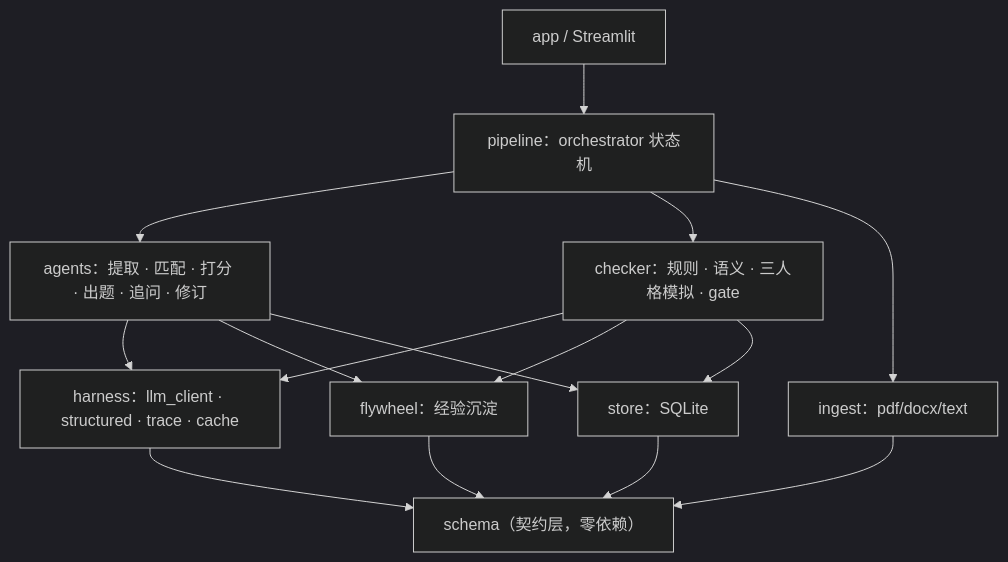
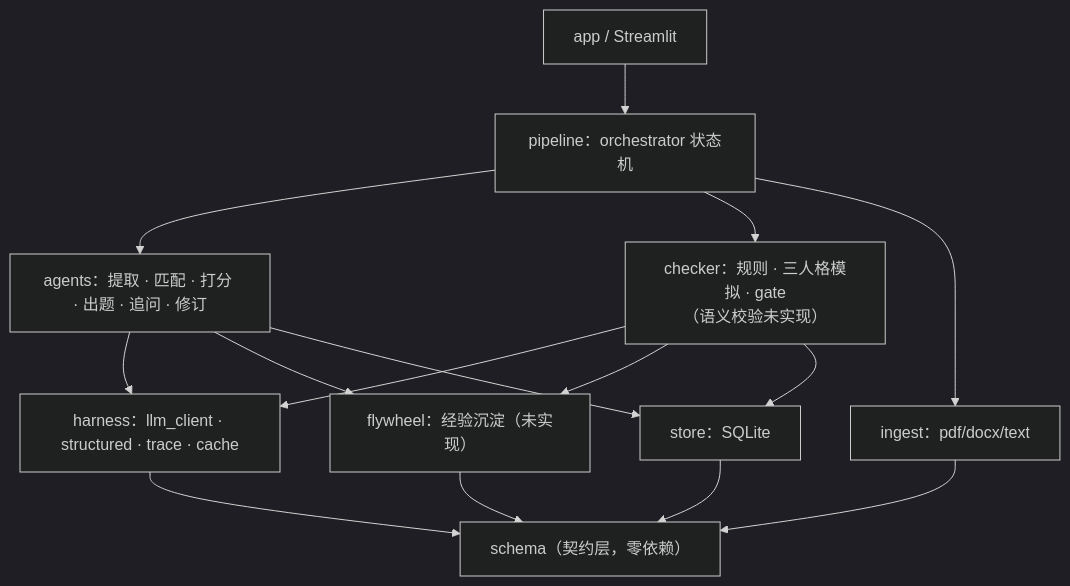
The second of 2 diagrams in README.md (1367877593-ops/resume-screening-agent), drawn with Mermaid (dark theme) before and after one commit. The commit also changed other lines of this file and 4 other files, not shown here.

````diff
--- a/README.md
+++ b/README.md
@@ -120,27 +130,27 @@
 ```mermaid
 graph TD
     APP["app / Streamlit"]
     PIPE["pipeline：orchestrator 状态机"]
     AG["agents：提取 · 匹配 · 打分 · 出题 · 追问 · 修订"]
-    CK["checker：规则 · 语义 · 三人格模拟 · gate"]
+    CK["checker：规则 · 三人格模拟 · gate<br/>（语义校验未实现）"]
     HN["harness：llm_client · structured · trace · cache"]
     ST["store：SQLite"]
     IN["ingest：pdf/docx/text"]
-    FW["flywheel：经验沉淀"]
+    FW["flywheel：经验沉淀（未实现）"]
     SC["schema（契约层，零依赖）"]
 
     APP --> PIPE
     PIPE --> AG
     PIPE --> CK
     PIPE --> IN
     AG --> HN
     CK --> HN
     AG --> FW
     CK --> FW
     AG --> ST
     CK --> ST
     HN --> SC
     ST --> SC
     IN --> SC
     FW --> SC
 ```
````
